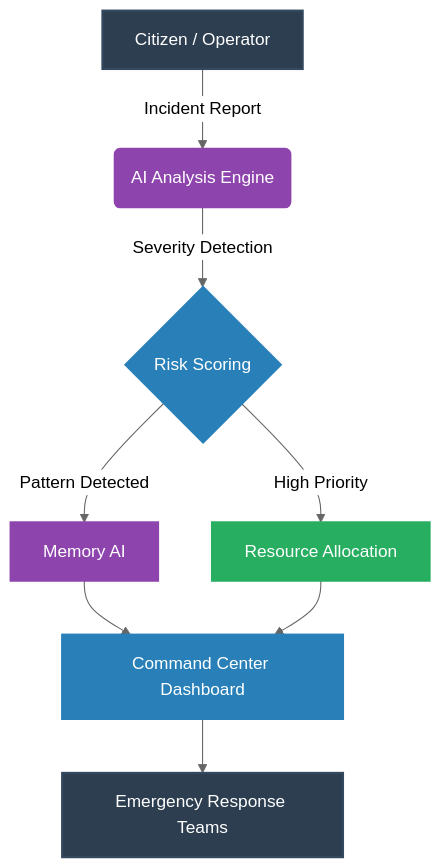
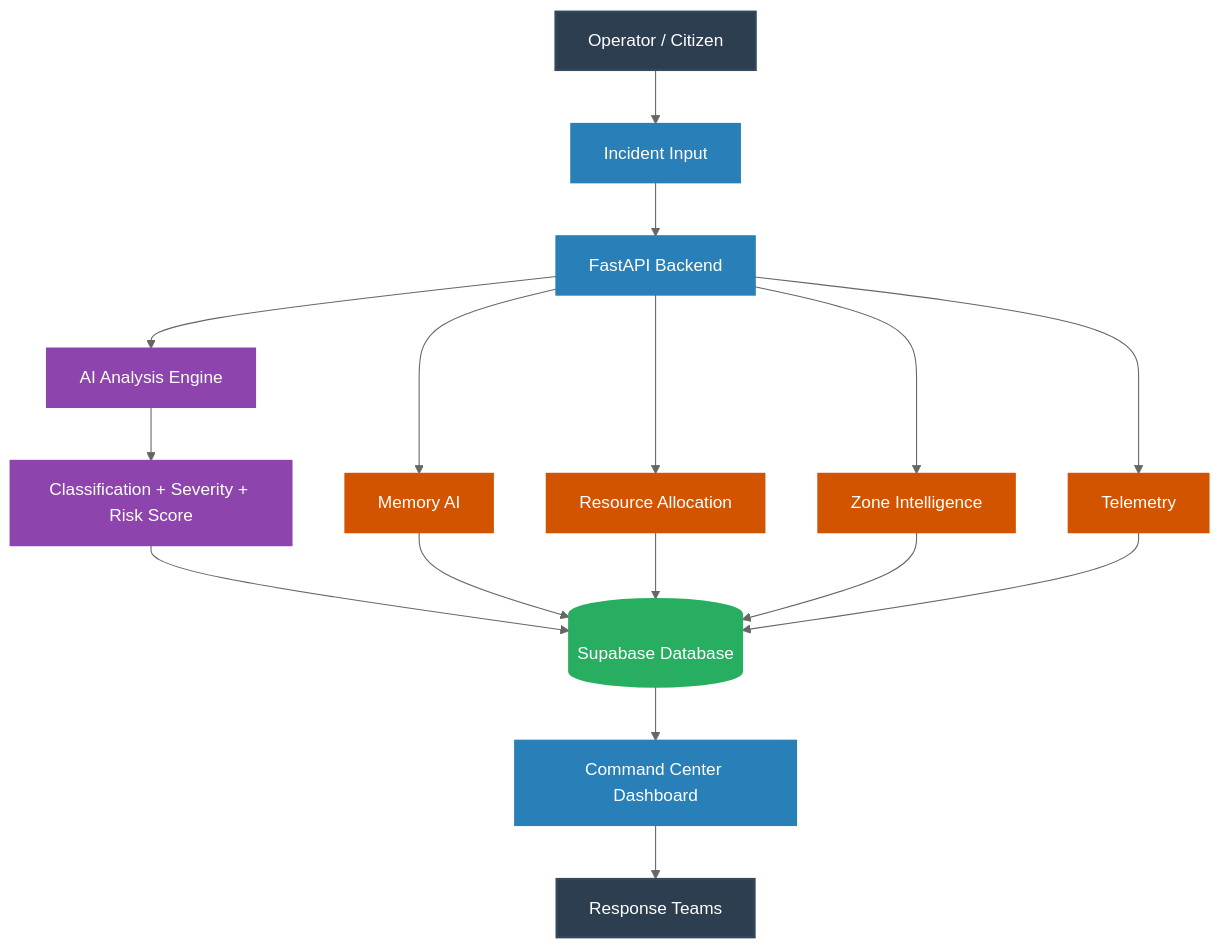
Before and after one commit to somiya-namdeo/Trinetra-AI: the first of 4 diagrams in README.md, drawn with Mermaid (neutral theme). The commit also changed other lines of this file, not shown here.

````diff
--- a/README.md
+++ b/README.md
@@ -36,15 +109,28 @@
 ```mermaid
 graph TD
     classDef user fill:#2C3E50,stroke:#34495E,stroke-width:2px,color:#fff;
-    classDef process fill:#2980B9,stroke:#2980B9,stroke-width:2px,color:#fff;
+    classDef core fill:#2980B9,stroke:#2980B9,stroke-width:2px,color:#fff;
     classDef ai fill:#8E44AD,stroke:#8E44AD,stroke-width:2px,color:#fff;
-    classDef core fill:#27AE60,stroke:#27AE60,stroke-width:2px,color:#fff;
+    classDef db fill:#27AE60,stroke:#27AE60,stroke-width:2px,color:#fff;
+    classDef module fill:#D35400,stroke:#D35400,stroke-width:2px,color:#fff;
+
+    A[Operator / Citizen]:::user --> B[Incident Input]:::core
+    B --> C[FastAPI Backend]:::core
     
-    A[Citizen / Operator]:::user -->|Incident Report| B(AI Analysis Engine):::ai
-    B -->|Severity Detection| C{Risk Scoring}:::process
-    C -->|High Priority| D[Resource Allocation]:::core
-    C -->|Pattern Detected| E[Memory AI]:::ai
-    E --> F[Command Center Dashboard]:::process
-    D --> F
-    F --> G[Emergency Response Teams]:::user
+    C --> D[AI Analysis Engine]:::ai
+    C --> M1[Memory AI]:::module
+    C --> M2[Resource Allocation]:::module
+    C --> M3[Zone Intelligence]:::module
+    C --> M4[Telemetry]:::module
+    
+    D --> E[Classification + Severity + Risk Score]:::ai
+    E --> F[(Supabase Database)]:::db
+    
+    M1 --> F
+    M2 --> F
+    M3 --> F
+    M4 --> F
+    
+    F --> G[Command Center Dashboard]:::core
+    G --> H[Response Teams]:::user
 ```
````
